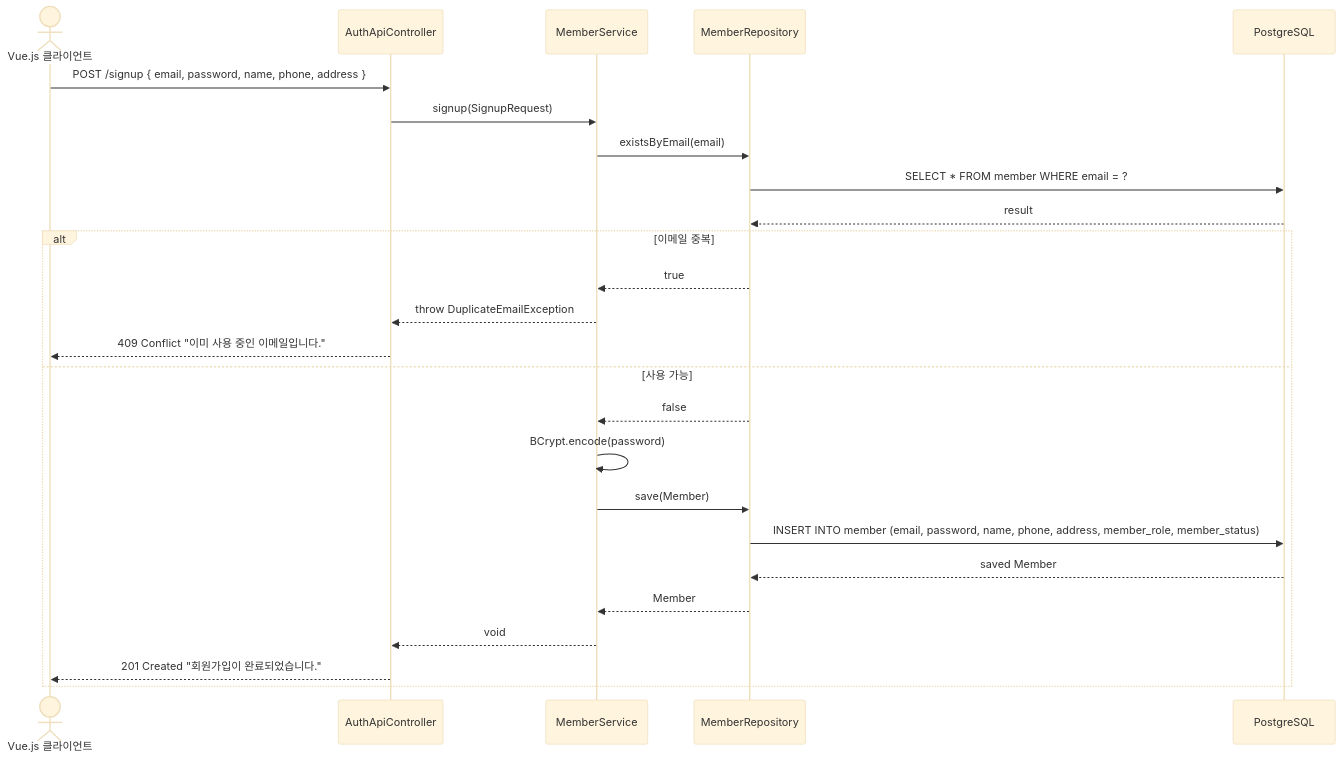
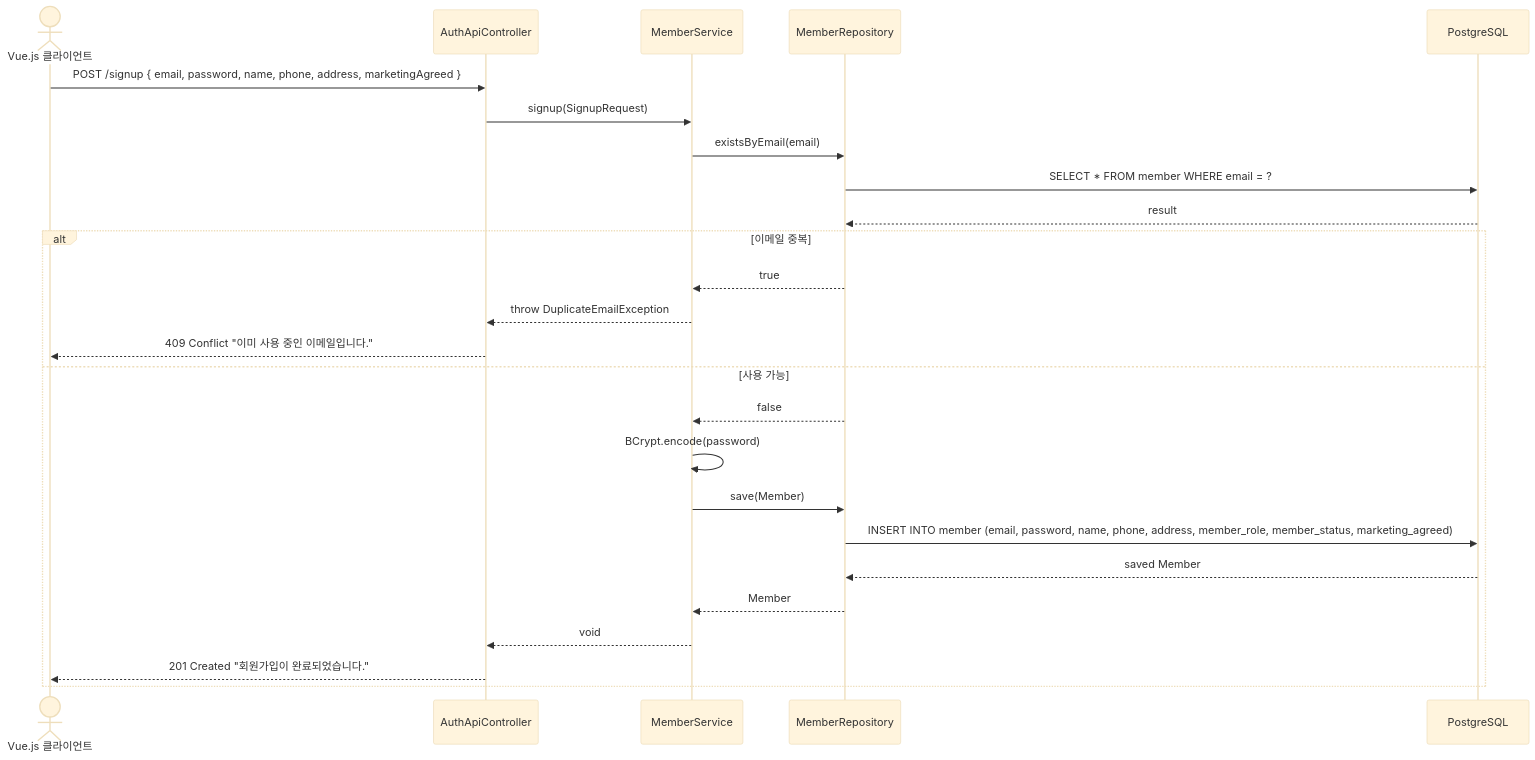
The third of 11 diagrams in readme_deliverables/최종/클래스___시퀀스_다이어그램_최종.md (lasr3423/lasr3423.github.io), drawn with Mermaid (base theme) before and after one commit. The commit also changed other lines of this file and 6 other files, not shown here.

Commit message:
20260328 fix diagram and entity commit

````diff
--- a/readme_deliverables/최종/클래스___시퀀스_다이어그램_최종.md
+++ b/readme_deliverables/최종/클래스___시퀀스_다이어그램_최종.md
@@ -659,28 +670,28 @@
 ```mermaid
 sequenceDiagram
     actor Client as Vue.js 클라이언트
     participant AC as AuthApiController
     participant MS as MemberService
     participant MR as MemberRepository
     participant DB as PostgreSQL
 
-    Client->>AC: POST /signup { email, password, name, phone, address }
+    Client->>AC: POST /signup { email, password, name, phone, address, marketingAgreed }
     AC->>MS: signup(SignupRequest)
     MS->>MR: existsByEmail(email)
     MR->>DB: SELECT * FROM member WHERE email = ?
     DB-->>MR: result
     alt 이메일 중복
         MR-->>MS: true
         MS-->>AC: throw DuplicateEmailException
         AC-->>Client: 409 Conflict "이미 사용 중인 이메일입니다."
     else 사용 가능
         MR-->>MS: false
         MS->>MS: BCrypt.encode(password)
         MS->>MR: save(Member)
-        MR->>DB: INSERT INTO member (email, password, name, phone, address, member_role, member_status)
+        MR->>DB: INSERT INTO member (email, password, name, phone, address, member_role, member_status, marketing_agreed)
         DB-->>MR: saved Member
         MR-->>MS: Member
         MS-->>AC: void
         AC-->>Client: 201 Created "회원가입이 완료되었습니다."
     end
 ```
````
